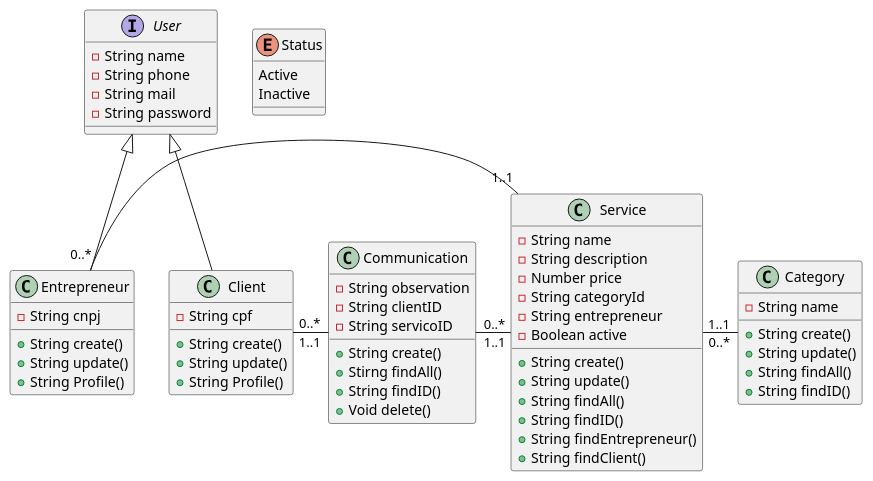
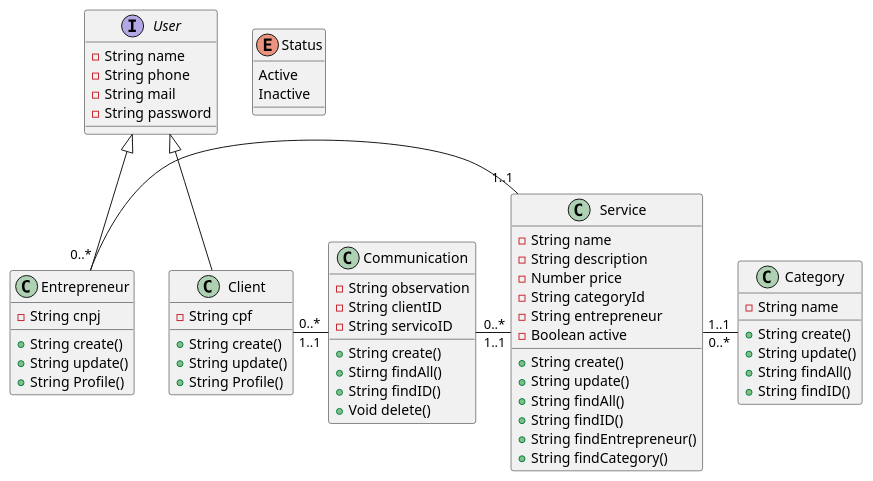
One commit to LeonardoCamilo10/API-SERVICE-BACK-END changed the diagram in diagram-API-SERVICE/src/Diagram-Class/class.puml. Above: the diagram before and after it, drawn with PlantUML.

Commit message:
feat: add function findCategory on service class

```diff
--- a/diagram-API-SERVICE/src/Diagram-Class/class.puml
+++ b/diagram-API-SERVICE/src/Diagram-Class/class.puml
@@ -1,72 +1,72 @@
 @startuml DiagramClass
     interface User {
       -String name
       -String phone
       -String mail
       -String password
     }
 
     class Entrepreneur extends User {
       -String cnpj
       +String create()
       +String update()
       +String Profile()
 
     }
 
     class Client extends User {
       -String cpf
       +String create()
       +String update()
       +String Profile()
     }
 
     class Service {
       -String name
       -String description
       -Number price
       -String categoryId
       -String entrepreneur
       -Boolean active
 
       +String create()
       +String update()
       +String findAll()
       +String findID()
       +String findEntrepreneur()
-      +String findClient()
+      +String findCategory()      
     }
 
     Entrepreneur "0..*" - "1..1" Service
 
     enum Status{
       Active
       Inactive
     }
 
     class Category {
       -String name
 
       +String create()
       +String update()
       +String findAll()
       +String findID()
     }
 
     Service "1..1" - "0..*" Category
 
     class Communication{
       -String observation 
       -String clientID
       -String servicoID
 
       +String create()
       +Stirng findAll()
       +String findID()
       +Void delete()
     }
 
     Client "0..*" - "1..1" Communication
     Communication "0..*" - "1..1" Service
     
 @enduml
```
